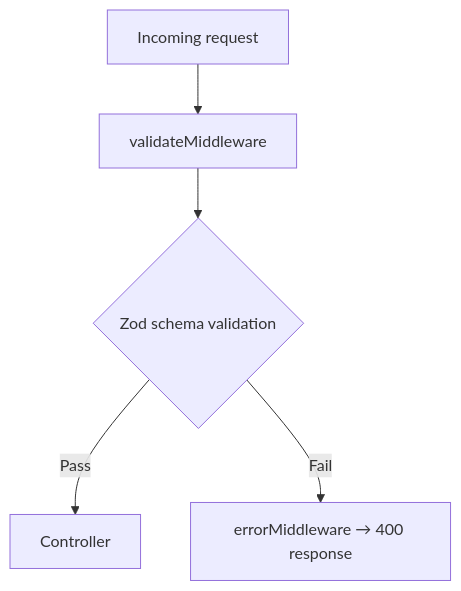
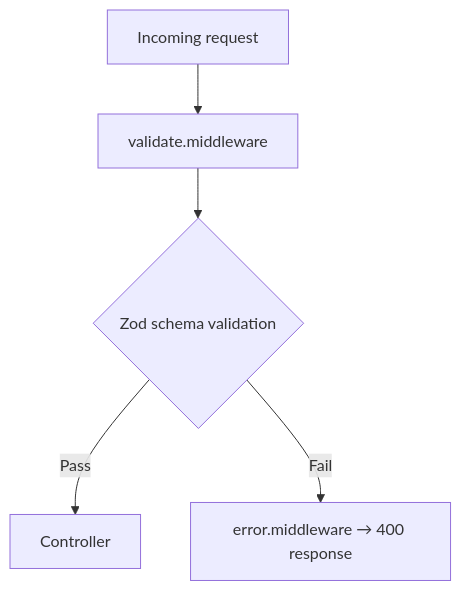
One commit to EnPassant-Chess-Forum-ABESEC/En-Passant-Backend changed the third of 3 diagrams in docs/ARCHITECTURE.md. Above: the diagram before and after it, drawn with Mermaid. The commit also changed other lines of this file and 23 other files, not shown here.

````diff
--- a/docs/ARCHITECTURE.md
+++ b/docs/ARCHITECTURE.md
@@ -114,7 +114,7 @@
 ```mermaid
 flowchart TD
-    A[Incoming request] --> B[validateMiddleware]
+    A[Incoming request] --> B[validate.middleware]
     B --> C{Zod schema validation}
     C -- Pass --> D[Controller]
-    C -- Fail --> E[errorMiddleware → 400 response]
+    C -- Fail --> E[error.middleware → 400 response]
 ```
````
